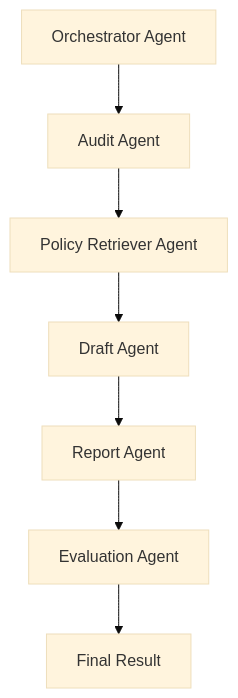
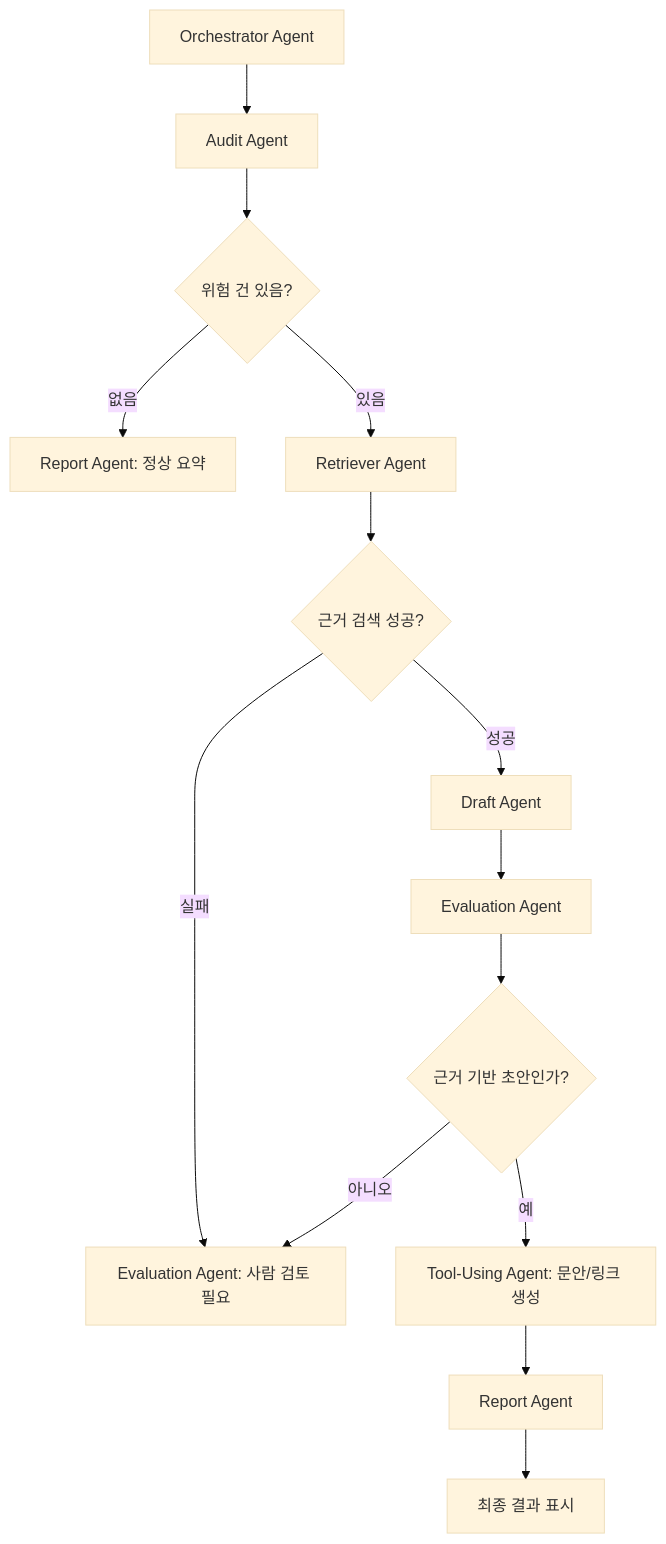
Before and after one commit to wooya27/Cost_Manager: the second of 3 diagrams in .claude/plans/05-유저플로우-워크플로우.md, drawn with Mermaid (base theme). The commit also changed other lines of this file and 9 other files, not shown here.

````diff
--- a/.claude/plans/05-유저플로우-워크플로우.md
+++ b/.claude/plans/05-유저플로우-워크플로우.md
@@ -110,9 +154,16 @@
 ```mermaid
 flowchart TD
     A[Orchestrator Agent] --> B[Audit Agent]
-    B --> C[Policy Retriever Agent]
-    C --> D[Draft Agent]
-    D --> E[Report Agent]
-    E --> F[Evaluation Agent]
-    F --> G[Final Result]
+    B --> C{위험 건 있음?}
+    C -- 없음 --> D[Report Agent: 정상 요약]
+    C -- 있음 --> E[Retriever Agent]
+    E --> F{근거 검색 성공?}
+    F -- 실패 --> G[Evaluation Agent: 사람 검토 필요]
+    F -- 성공 --> H[Draft Agent]
+    H --> I[Evaluation Agent]
+    I --> J{근거 기반 초안인가?}
+    J -- 아니오 --> G
+    J -- 예 --> K[Tool-Using Agent: 문안/링크 생성]
+    K --> L[Report Agent]
+    L --> M[최종 결과 표시]
 ```
````
